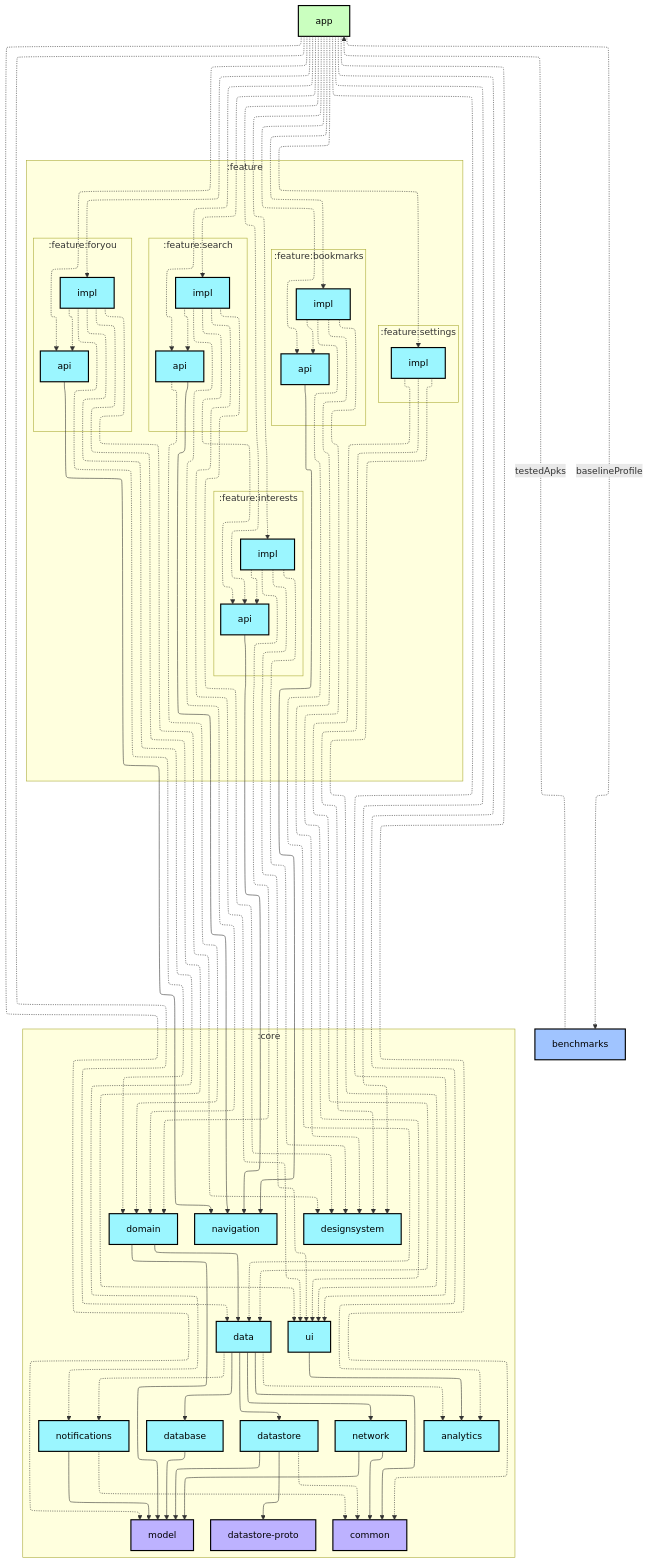
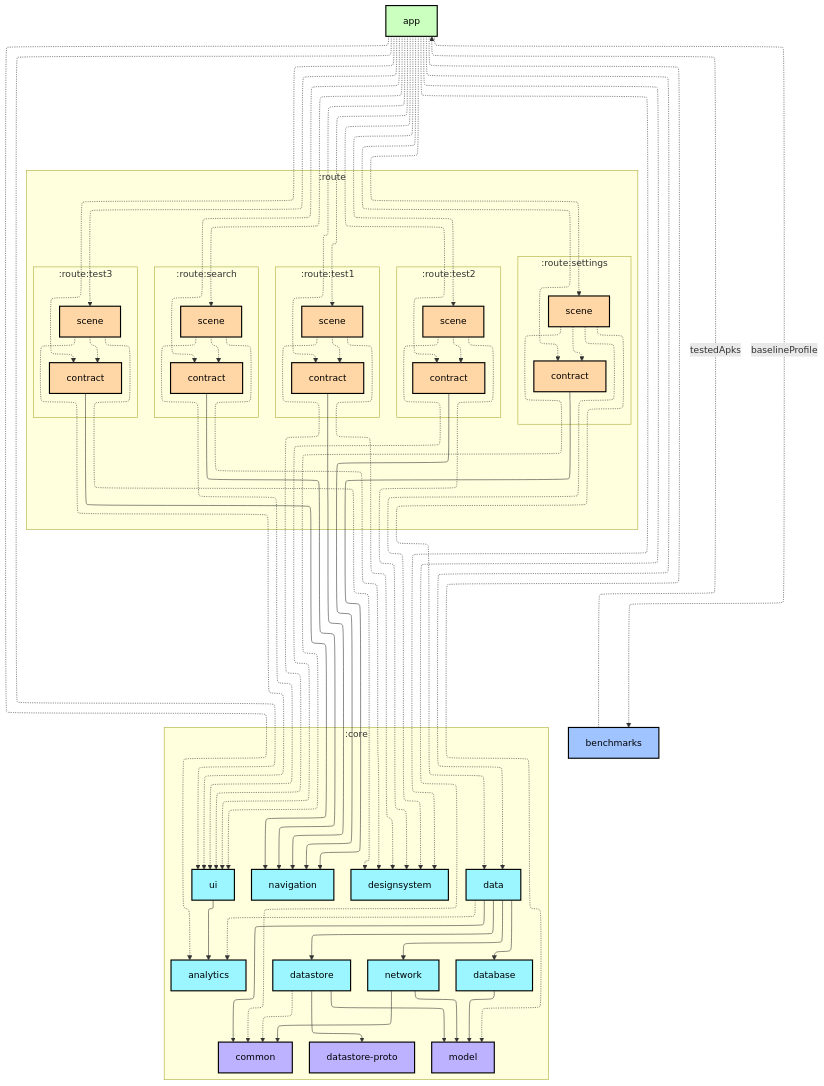
The first of 2 diagrams in benchmarks/README.md (weiyuhl/nowinandroidtest), drawn with Mermaid before and after one commit. The commit also changed other lines of this file and 207 other files, not shown here.

```diff
--- a/benchmarks/README.md
+++ b/benchmarks/README.md
@@ -11,31 +10,32 @@
     nodePlacementStrategy: SIMPLE
 ---
 graph TB
-  subgraph :feature
+  subgraph :route
     direction TB
-    subgraph :feature:settings
+    subgraph :route:test1
       direction TB
-      :feature:settings:impl[impl]:::android-library
+      :route:test1:contract[contract]:::android-route
+      :route:test1:scene[scene]:::android-route
     end
-    subgraph :feature:foryou
+    subgraph :route:test2
       direction TB
-      :feature:foryou:api[api]:::android-library
-      :feature:foryou:impl[impl]:::android-library
+      :route:test2:contract[contract]:::android-route
+      :route:test2:scene[scene]:::android-route
     end
-    subgraph :feature:bookmarks
+    subgraph :route:test3
       direction TB
-      :feature:bookmarks:api[api]:::android-library
-      :feature:bookmarks:impl[impl]:::android-library
+      :route:test3:contract[contract]:::android-route
+      :route:test3:scene[scene]:::android-route
     end
-    subgraph :feature:search
+    subgraph :route:search
       direction TB
-      :feature:search:api[api]:::android-library
-      :feature:search:impl[impl]:::android-library
+      :route:search:contract[contract]:::android-route
+      :route:search:scene[scene]:::android-route
     end
-    subgraph :feature:interests
+    subgraph :route:settings
       direction TB
-      :feature:interests:api[api]:::android-library
-      :feature:interests:impl[impl]:::android-library
+      :route:settings:contract[contract]:::android-route
+      :route:settings:scene[scene]:::android-route
     end
   end
   subgraph :core
@@ -47,11 +47,9 @@
     :core:datastore[datastore]:::android-library
     :core:datastore-proto[datastore-proto]:::jvm-library
     :core:designsystem[designsystem]:::android-library
-    :core:domain[domain]:::android-library
     :core:model[model]:::jvm-library
     :core:navigation[navigation]:::android-library
     :core:network[network]:::android-library
-    :core:notifications[notifications]:::android-library
     :core:ui[ui]:::android-library
   end
   :benchmarks[benchmarks]:::android-test
@@ -64,61 +62,53 @@
   :app -.-> :core:designsystem
   :app -.-> :core:model
   :app -.-> :core:ui
-  :app -.-> :feature:bookmarks:api
-  :app -.-> :feature:bookmarks:impl
-  :app -.-> :feature:foryou:api
-  :app -.-> :feature:foryou:impl
-  :app -.-> :feature:interests:api
-  :app -.-> :feature:interests:impl
-  :app -.-> :feature:search:api
-  :app -.-> :feature:search:impl
-  :app -.-> :feature:settings:impl
+  :app -.-> :route:search:contract
+  :app -.-> :route:search:scene
+  :app -.-> :route:settings:contract
+  :app -.-> :route:settings:scene
+  :app -.-> :route:test1:contract
+  :app -.-> :route:test1:scene
+  :app -.-> :route:test2:contract
+  :app -.-> :route:test2:scene
+  :app -.-> :route:test3:contract
+  :app -.-> :route:test3:scene
   :benchmarks -.->|testedApks| :app
   :core:data -.-> :core:analytics
   :core:data --> :core:common
   :core:data --> :core:database
   :core:data --> :core:datastore
   :core:data --> :core:network
-  :core:data -.-> :core:notifications
   :core:database --> :core:model
   :core:datastore -.-> :core:common
   :core:datastore --> :core:datastore-proto
   :core:datastore --> :core:model
-  :core:domain --> :core:data
-  :core:domain --> :core:model
   :core:network --> :core:common
   :core:network --> :core:model
-  :core:notifications -.-> :core:common
-  :core:notifications --> :core:model
   :core:ui --> :core:analytics
-  :feature:bookmarks:api --> :core:navigation
-  :feature:bookmarks:impl -.-> :core:data
-  :feature:bookmarks:impl -.-> :core:designsystem
-  :feature:bookmarks:impl -.-> :core:ui
-  :feature:bookmarks:impl -.-> :feature:bookmarks:api
-  :feature:foryou:api --> :core:navigation
-  :feature:foryou:impl -.-> :core:designsystem
-  :feature:foryou:impl -.-> :core:domain
-  :feature:foryou:impl -.-> :core:notifications
-  :feature:foryou:impl -.-> :core:ui
-  :feature:foryou:impl -.-> :feature:foryou:api
-  :feature:interests:api --> :core:navigation
-  :feature:interests:impl -.-> :core:designsystem
-  :feature:interests:impl -.-> :core:domain
-  :feature:interests:impl -.-> :core:ui
-  :feature:interests:impl -.-> :feature:interests:api
-  :feature:search:api -.-> :core:domain
-  :feature:search:api --> :core:navigation
-  :feature:search:impl -.-> :core:designsystem
-  :feature:search:impl -.-> :core:domain
-  :feature:search:impl -.-> :core:ui
-  :feature:search:impl -.-> :feature:interests:api
-  :feature:search:impl -.-> :feature:search:api
-  :feature:settings:impl -.-> :core:data
-  :feature:settings:impl -.-> :core:designsystem
-  :feature:settings:impl -.-> :core:ui
+  :route:search:contract --> :core:navigation
+  :route:search:scene -.-> :core:designsystem
+  :route:search:scene -.-> :core:ui
+  :route:search:scene -.-> :route:search:contract
+  :route:settings:contract --> :core:navigation
+  :route:settings:scene -.-> :core:data
+  :route:settings:scene -.-> :core:designsystem
+  :route:settings:scene -.-> :core:ui
+  :route:settings:scene -.-> :route:settings:contract
+  :route:test1:contract --> :core:navigation
+  :route:test1:scene -.-> :core:designsystem
+  :route:test1:scene -.-> :core:ui
+  :route:test1:scene -.-> :route:test1:contract
+  :route:test2:contract --> :core:navigation
+  :route:test2:scene -.-> :core:designsystem
+  :route:test2:scene -.-> :core:ui
+  :route:test2:scene -.-> :route:test2:contract
+  :route:test3:contract --> :core:navigation
+  :route:test3:scene -.-> :core:designsystem
+  :route:test3:scene -.-> :core:ui
+  :route:test3:scene -.-> :route:test3:contract
+
 classDef android-application fill:#CAFFBF,stroke:#000,stroke-width:2px,color:#000;
-classDef android-feature fill:#FFD6A5,stroke:#000,stroke-width:2px,color:#000;
+classDef android-route fill:#FFD6A5,stroke:#000,stroke-width:2px,color:#000;
 classDef android-library fill:#9BF6FF,stroke:#000,stroke-width:2px,color:#000;
 classDef android-test fill:#A0C4FF,stroke:#000,stroke-width:2px,color:#000;
 classDef jvm-library fill:#BDB2FF,stroke:#000,stroke-width:2px,color:#000;
```
